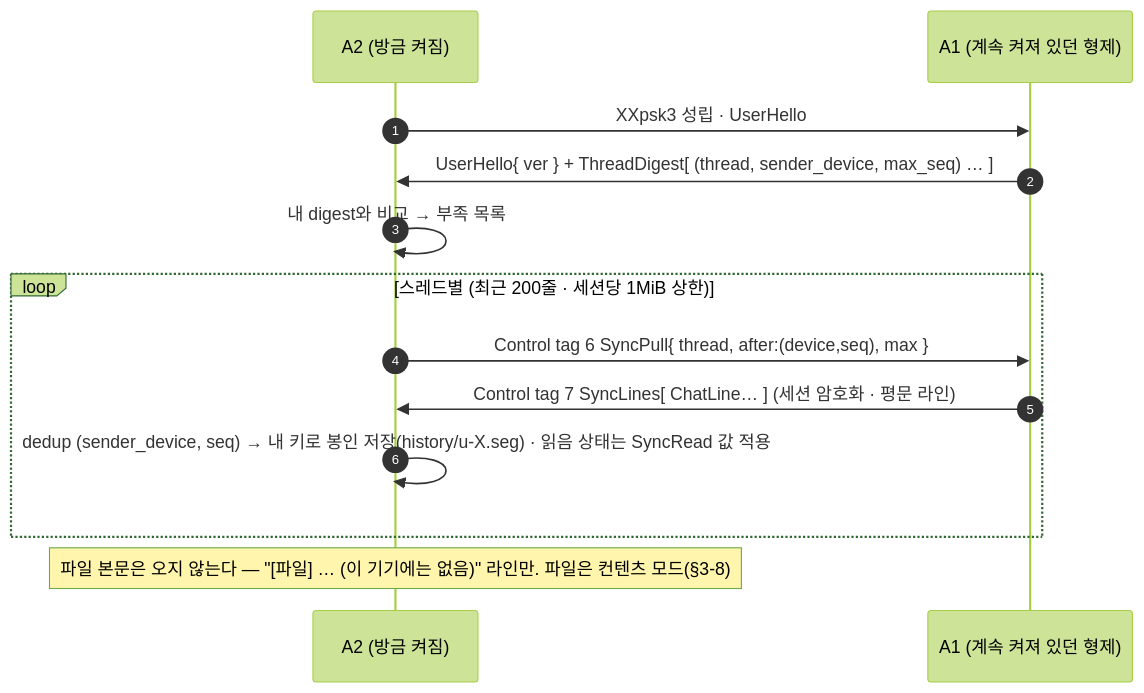
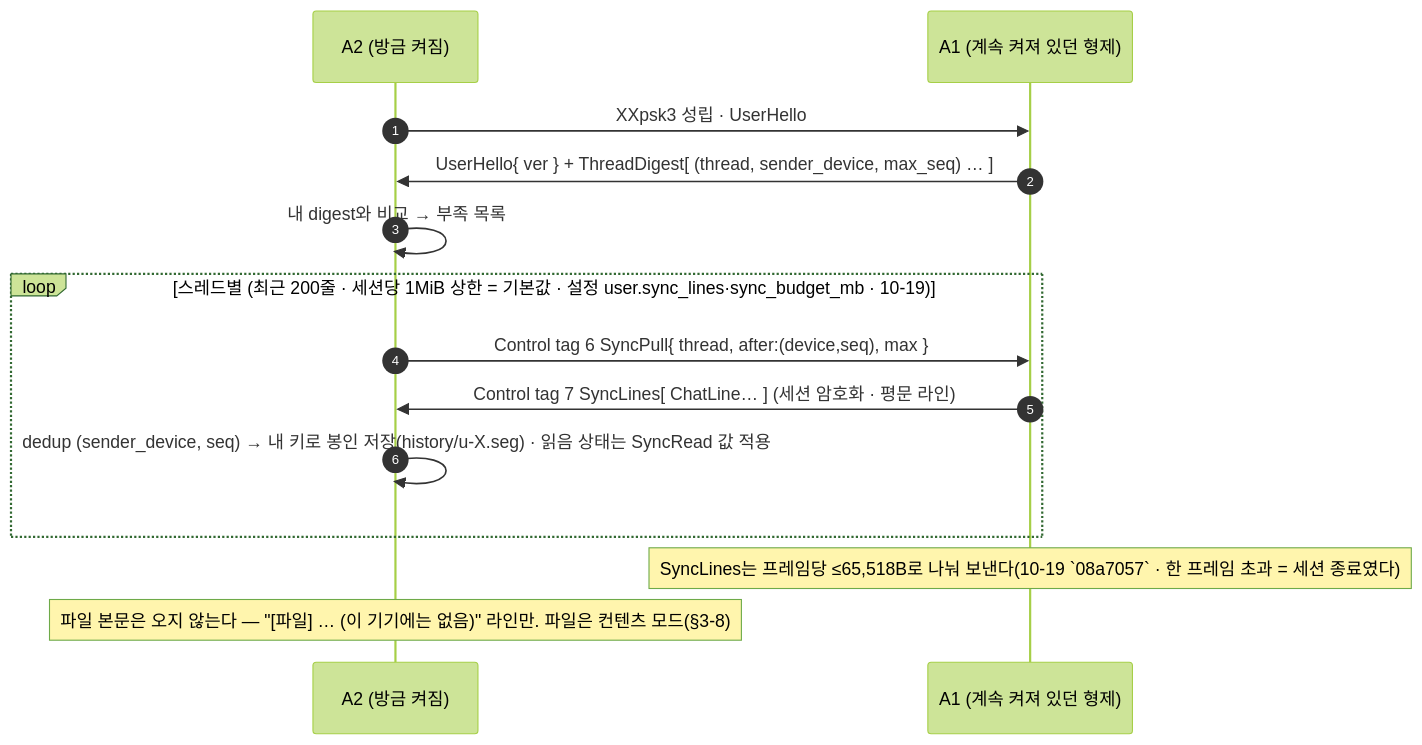
The eighth of 13 diagrams in docs/48-adr-0015-decisions-impact-flows.md (SosomLab/nexa-beep), drawn with Mermaid (forest theme) before and after one commit. The commit also changed other lines of this file and 5 other files, not shown here.

````diff
--- a/docs/48-adr-0015-decisions-impact-flows.md
+++ b/docs/48-adr-0015-decisions-impact-flows.md
@@ -200,15 +200,16 @@
 ```mermaid
 sequenceDiagram
   autonumber
   participant A2 as A2 (방금 켜짐)
   participant A1 as A1 (계속 켜져 있던 형제)
   A2->>A1: XXpsk3 성립 · UserHello
   A1->>A2: UserHello{ ver } + ThreadDigest[ (thread, sender_device, max_seq) … ]
   A2->>A2: 내 digest와 비교 → 부족 목록
-  loop 스레드별 (최근 200줄 · 세션당 1MiB 상한)
+  loop 스레드별 (최근 200줄 · 세션당 1MiB 상한 = 기본값 · 설정 user.sync_lines·sync_budget_mb · 10-19)
     A2->>A1: Control tag 6 SyncPull{ thread, after:(device,seq), max }
     A1->>A2: Control tag 7 SyncLines[ ChatLine… ] (세션 암호화 · 평문 라인)
     A2->>A2: dedup (sender_device, seq) → 내 키로 봉인 저장(history/u-X.seg) · 읽음 상태는 SyncRead 값 적용
   end
+  Note over A1: SyncLines는 프레임당 ≤65,518B로 나눠 보낸다(10-19 `08a7057` · 한 프레임 초과 = 세션 종료였다)
   Note over A2: 파일 본문은 오지 않는다 — "[파일] … (이 기기에는 없음)" 라인만. 파일은 컨텐츠 모드(§3-8)
 ```
````
